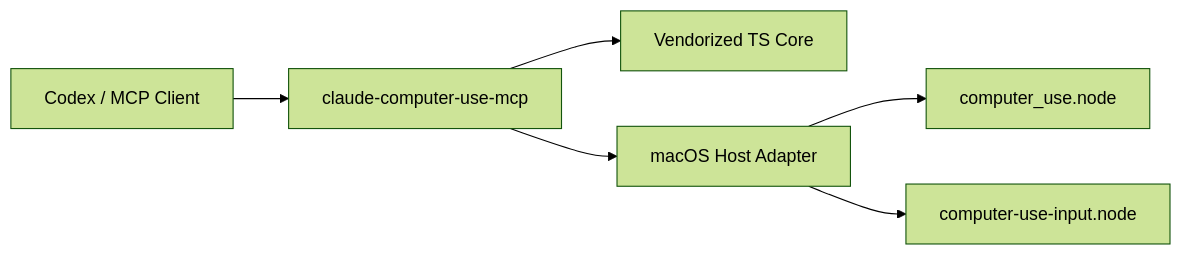
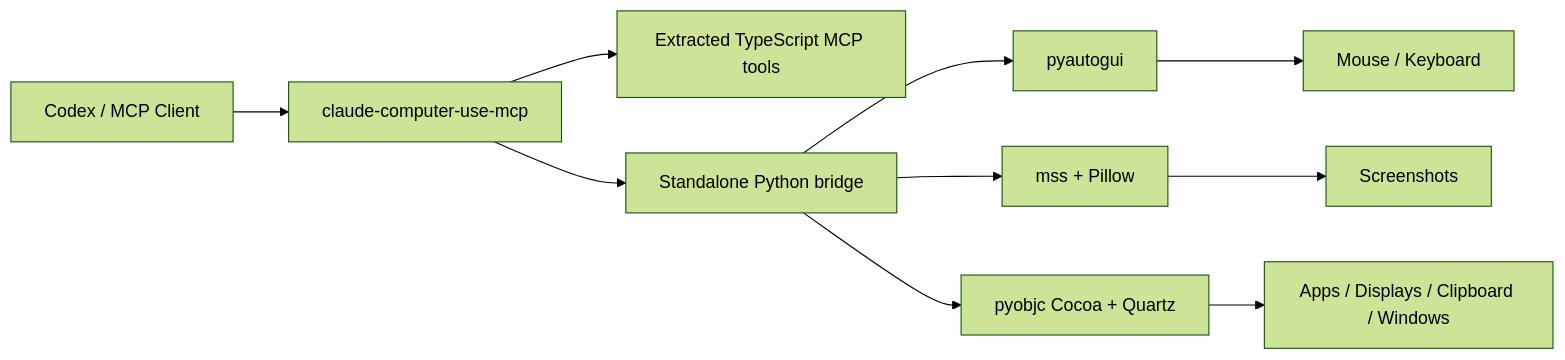
One commit to wimi321/macos-computer-use-skill changed the diagram in README.md. Above: the diagram before and after it, drawn with Mermaid (forest theme). The commit also changed other lines of this file and 18 other files, not shown here.

Commit message:
Ship standalone computer-use runtime and bundled skill

````diff
--- a/README.md
+++ b/README.md
@@ -154,8 +50,12 @@
 ```mermaid
 flowchart LR
-    A["Codex / MCP Client"] --> B["claude-computer-use-mcp"]
-    B --> C["Vendorized TS Core"]
-    B --> D["macOS Host Adapter"]
-    D --> E["computer_use.node"]
-    D --> F["computer-use-input.node"]
+    A[Codex / MCP Client] --> B[claude-computer-use-mcp]
+    B --> C[Extracted TypeScript MCP tools]
+    B --> D[Standalone Python bridge]
+    D --> E[pyautogui]
+    D --> F[mss + Pillow]
+    D --> G[pyobjc Cocoa + Quartz]
+    E --> H[Mouse / Keyboard]
+    F --> I[Screenshots]
+    G --> J[Apps / Displays / Clipboard / Windows]
 ```
````
